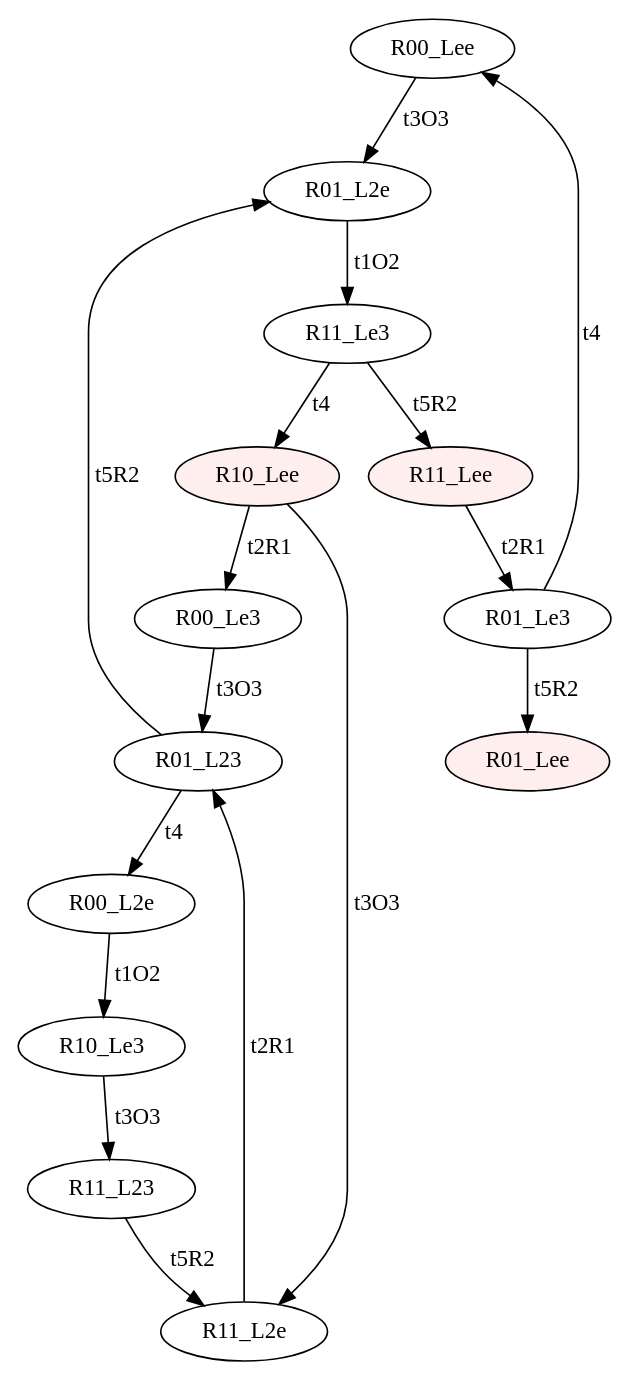
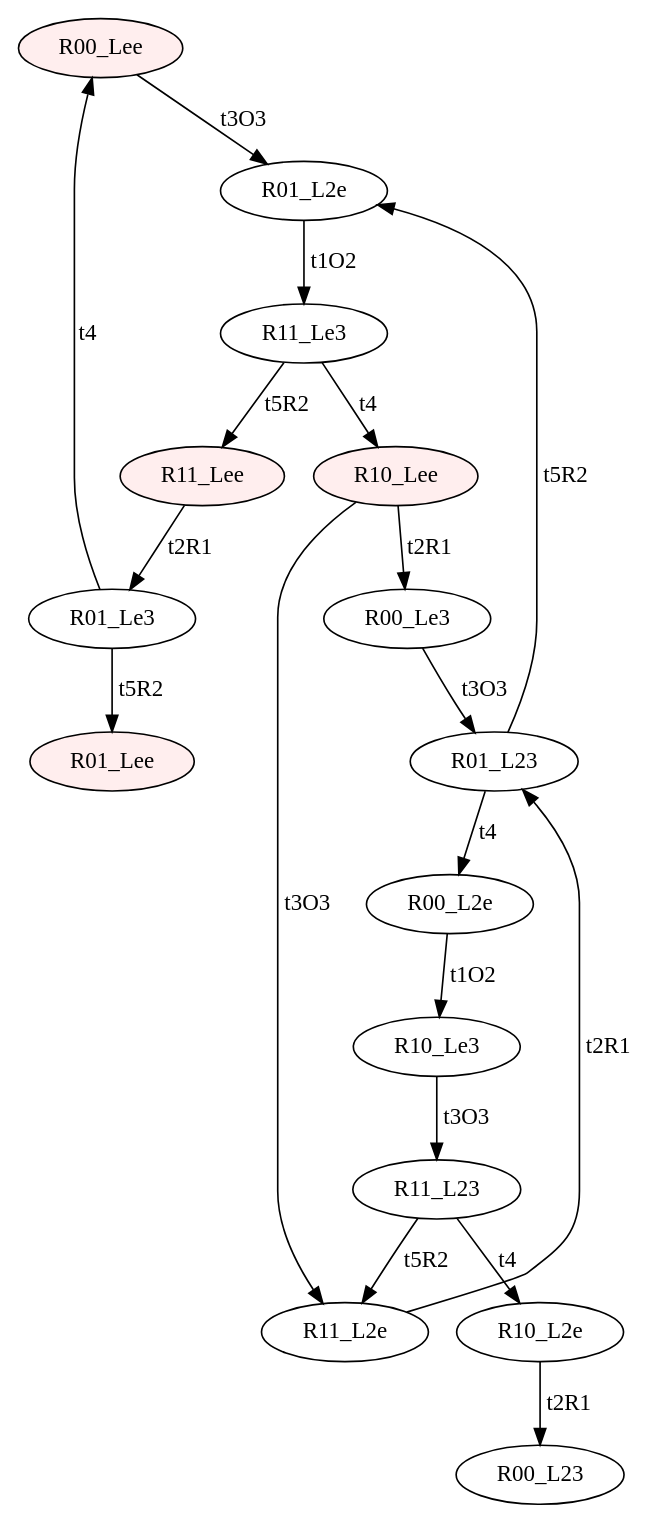
Before and after one commit to Stefano-BS/Explanatory-Diagnosis: the diagram in input/e_SC.dot, drawn with Graphviz. The commit also changed 30 other files, not shown here.

```diff
--- a/input/e_SC.dot
+++ b/input/e_SC.dot
@@ -1,31 +1,35 @@
 digraph "SCinput/e" {
-node [fillcolor="#FFFFFF"]; R00_Lee ;
+node [style=filled fillcolor="#FFEEEE"]; R00_Lee ;
 node [fillcolor="#FFFFFF"]; R01_L2e ;
 node [fillcolor="#FFFFFF"]; R11_Le3 ;
 node [style=filled fillcolor="#FFEEEE"]; R10_Lee ;
 node [fillcolor="#FFFFFF"]; R00_Le3 ;
 node [fillcolor="#FFFFFF"]; R01_L23 ;
 node [fillcolor="#FFFFFF"]; R00_L2e ;
 node [fillcolor="#FFFFFF"]; R10_Le3 ;
 node [fillcolor="#FFFFFF"]; R11_L23 ;
+node [fillcolor="#FFFFFF"]; R10_L2e ;
+node [fillcolor="#FFFFFF"]; R00_L23 ;
 node [fillcolor="#FFFFFF"]; R11_L2e ;
 node [style=filled fillcolor="#FFEEEE"]; R11_Lee ;
 node [fillcolor="#FFFFFF"]; R01_Le3 ;
 node [style=filled fillcolor="#FFEEEE"]; R01_Lee ;
 R00_Lee -> R01_L2e [label=t3O3]
 R01_L2e -> R11_Le3 [label=t1O2]
 R11_Le3 -> R11_Lee [label=t5R2]
 R11_Le3 -> R10_Lee [label=t4]
 R10_Lee -> R11_L2e [label=t3O3]
 R10_Lee -> R00_Le3 [label=t2R1]
 R00_Le3 -> R01_L23 [label=t3O3]
 R01_L23 -> R01_L2e [label=t5R2]
 R01_L23 -> R00_L2e [label=t4]
 R00_L2e -> R10_Le3 [label=t1O2]
 R10_Le3 -> R11_L23 [label=t3O3]
 R11_L23 -> R11_L2e [label=t5R2]
+R11_L23 -> R10_L2e [label=t4]
+R10_L2e -> R00_L23 [label=t2R1]
 R11_L2e -> R01_L23 [label=t2R1]
 R11_Lee -> R01_Le3 [label=t2R1]
 R01_Le3 -> R01_Lee [label=t5R2]
 R01_Le3 -> R00_Lee [label=t4]
 }
```
